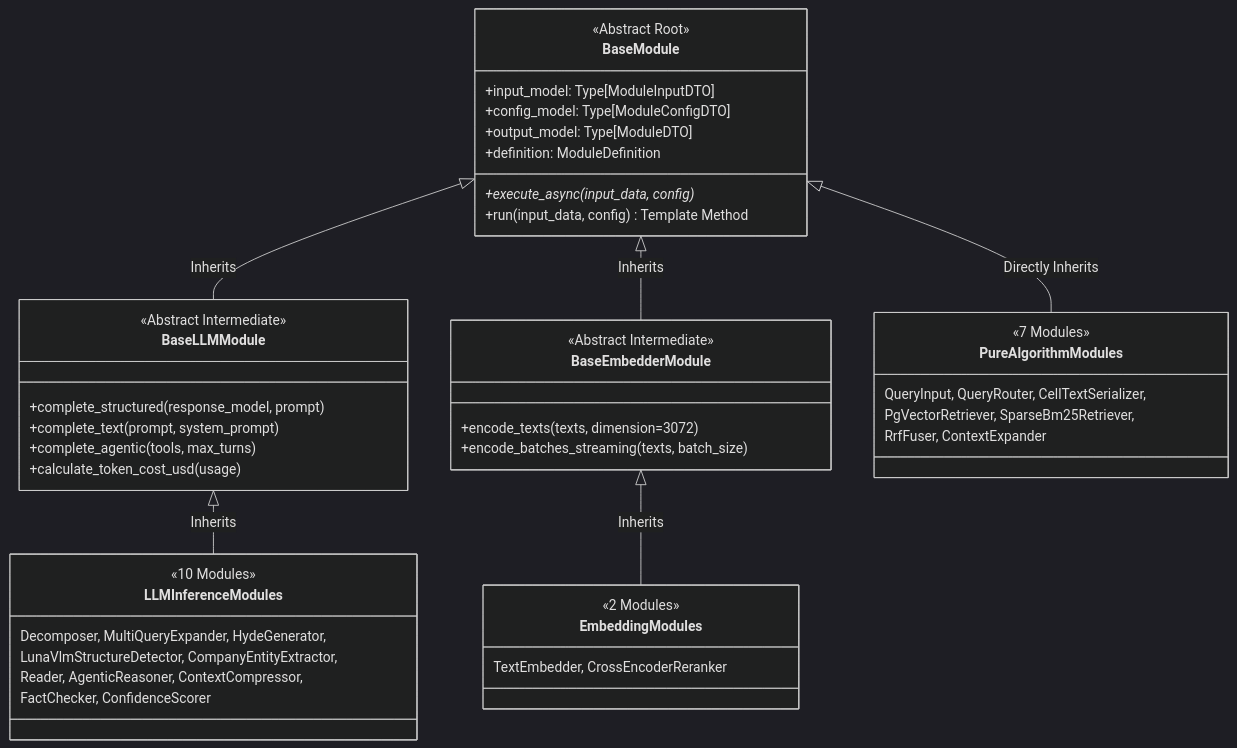
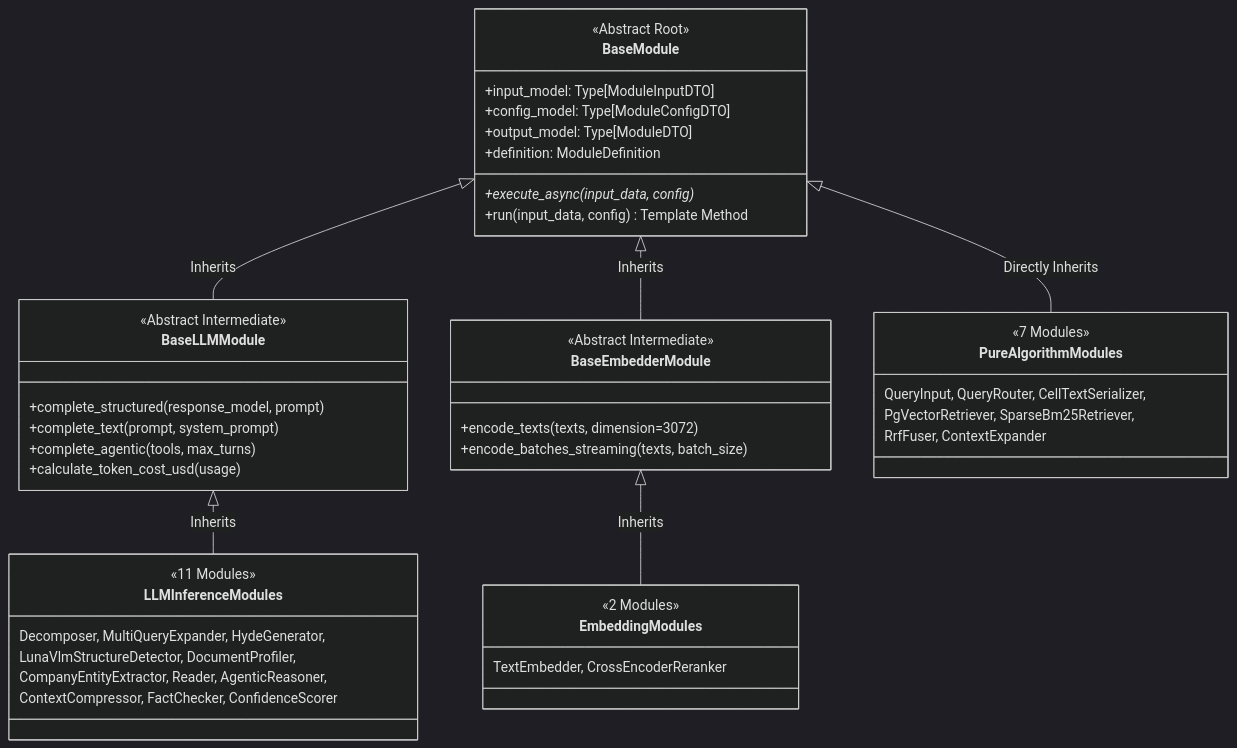
Before and after one commit to bist-mini-final/bist-mini-final: the second of 2 diagrams in docs/03_pipeline_module_blueprints/BP-302_19_modules_pinout_catalog.md, drawn with Mermaid (dark theme). The commit also changed other lines of this file and 4 other files, not shown here.

Commit message:
docs: formalize DocumentProfilerModule as Module 20 and expand pipeline catalog across BP-102, BP-302, BP-401, BP-403, and BP-501

````diff
--- a/docs/03_pipeline_module_blueprints/BP-302_19_modules_pinout_catalog.md
+++ b/docs/03_pipeline_module_blueprints/BP-302_19_modules_pinout_catalog.md
@@ -38,52 +38,52 @@
 ```mermaid
 classDiagram
     class BaseModule {
         <<Abstract Root>>
         +input_model: Type[ModuleInputDTO]
         +config_model: Type[ModuleConfigDTO]
         +output_model: Type[ModuleDTO]
         +definition: ModuleDefinition
         +execute_async(input_data, config)*
         +run(input_data, config) Template Method
     }
 
     class BaseLLMModule {
         <<Abstract Intermediate>>
         +complete_structured(response_model, prompt)
         +complete_text(prompt, system_prompt)
         +complete_agentic(tools, max_turns)
         +calculate_token_cost_usd(usage)
     }
 
     class BaseEmbedderModule {
         <<Abstract Intermediate>>
         +encode_texts(texts, dimension=3072)
         +encode_batches_streaming(texts, batch_size)
     }
 
     class PureAlgorithmModules {
         <<7 Modules>>
         QueryInput, QueryRouter, CellTextSerializer,
         PgVectorRetriever, SparseBm25Retriever,
         RrfFuser, ContextExpander
     }
 
     class LLMInferenceModules {
-        <<10 Modules>>
+        <<11 Modules>>
         Decomposer, MultiQueryExpander, HydeGenerator,
-        LunaVlmStructureDetector, CompanyEntityExtractor,
-        Reader, AgenticReasoner, ContextCompressor,
-        FactChecker, ConfidenceScorer
+        LunaVlmStructureDetector, DocumentProfiler,
+        CompanyEntityExtractor, Reader, AgenticReasoner,
+        ContextCompressor, FactChecker, ConfidenceScorer
     }
 
     class EmbeddingModules {
         <<2 Modules>>
         TextEmbedder, CrossEncoderReranker
     }
 
     BaseModule <|-- BaseLLMModule : Inherits
     BaseModule <|-- BaseEmbedderModule : Inherits
     BaseModule <|-- PureAlgorithmModules : Directly Inherits
     BaseLLMModule <|-- LLMInferenceModules : Inherits
     BaseEmbedderModule <|-- EmbeddingModules : Inherits
 ```
````
